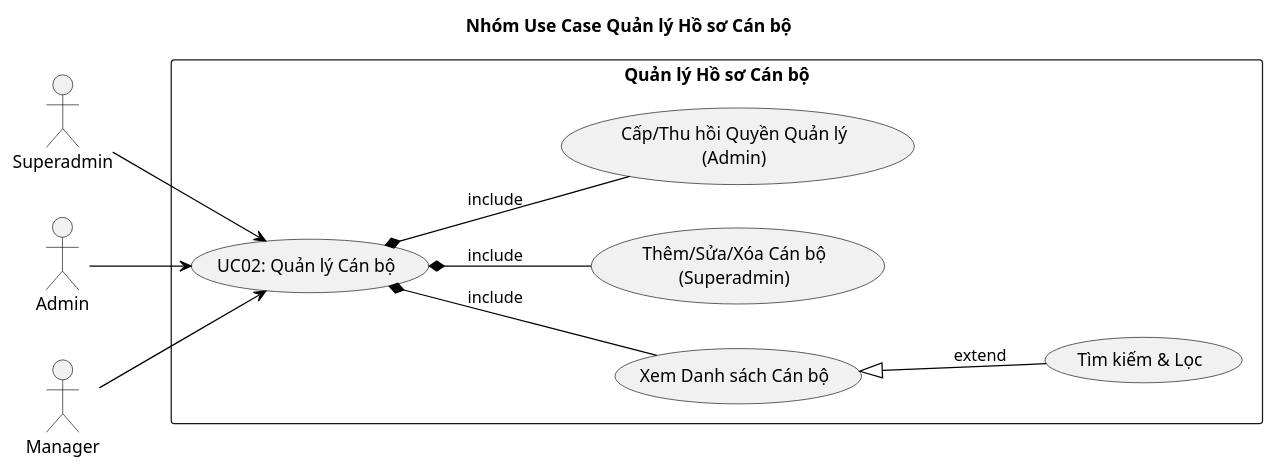
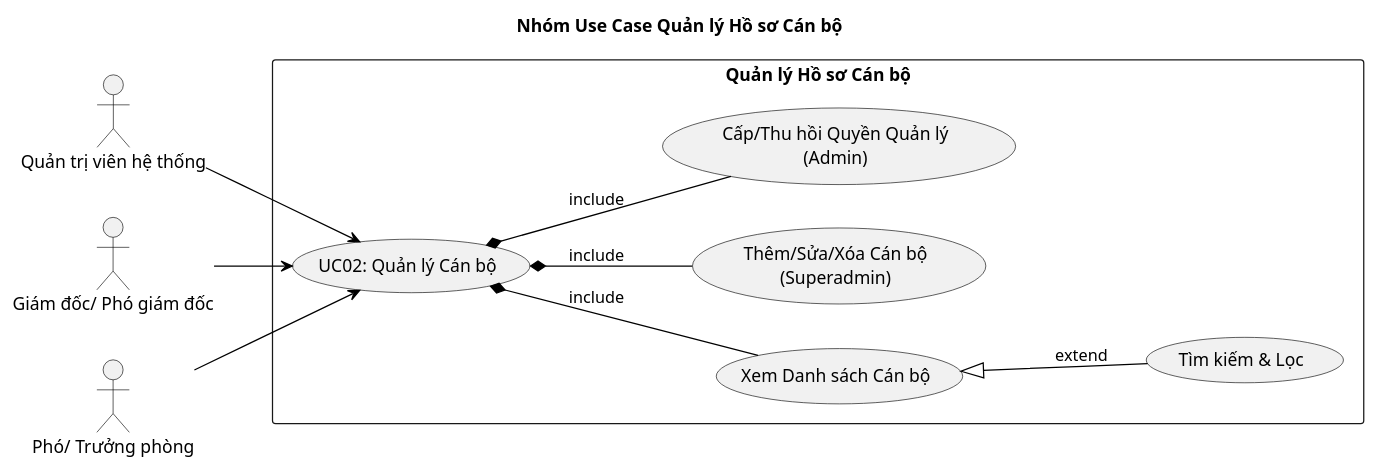
One commit to BQBao-Hedspi4K67/webxeplich changed the third of 8 diagrams in report/usecase.puml. Above: the diagram before and after it, drawn with PlantUML. The commit also changed other lines of this file and 10 other files, not shown here.

```diff
--- a/report/usecase.puml
+++ b/report/usecase.puml
@@ -117,33 +122,34 @@
 @startuml usecase_officers
 title Nhóm Use Case Quản lý Hồ sơ Cán bộ
 
 skinparam backgroundColor white
 skinparam usecaseBorderColor black
 skinparam actorBorderColor black
 skinparam ArrowColor black
 skinparam defaultTextAlignment center
 skinparam fontSize 11
 
 left to right direction
 
-actor "Superadmin" as superadmin
-actor "Admin" as admin
-actor "Manager" as manager
+actor "Quản trị viên hệ thống" as superadmin
+actor "Giám đốc/ Phó giám đốc" as admin
+actor "Phó/ Trưởng phòng" as manager
+
 
 rectangle "Quản lý Hồ sơ Cán bộ" {
     usecase "UC02: Quản lý Cán bộ" as UC02
     usecase "Xem Danh sách Cán bộ" as UC02_view
     usecase "Thêm/Sửa/Xóa Cán bộ\n(Superadmin)" as UC02_crud
     usecase "Cấp/Thu hồi Quyền Quản lý\n(Admin)" as UC02_permission
     usecase "Tìm kiếm & Lọc" as UC02_search
 }
 
 superadmin --> UC02
 admin --> UC02
 manager --> UC02
 
 UC02 *-- UC02_view : include
 UC02 *-- UC02_crud : include
 UC02 *-- UC02_permission : include
 UC02_view <|-- UC02_search : extend
 @enduml
```
